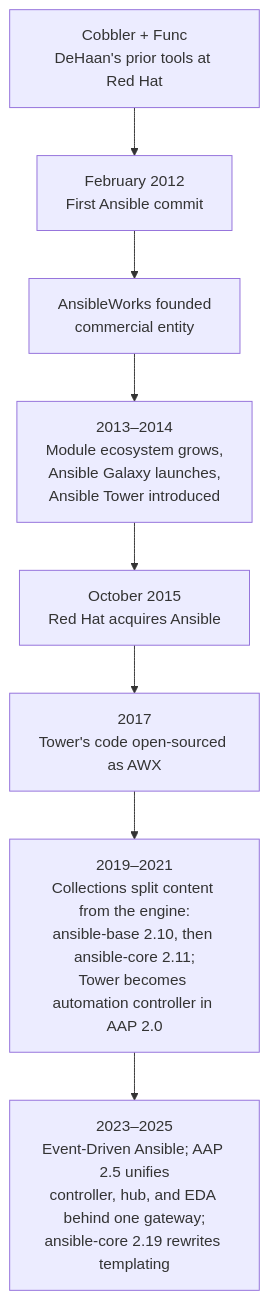
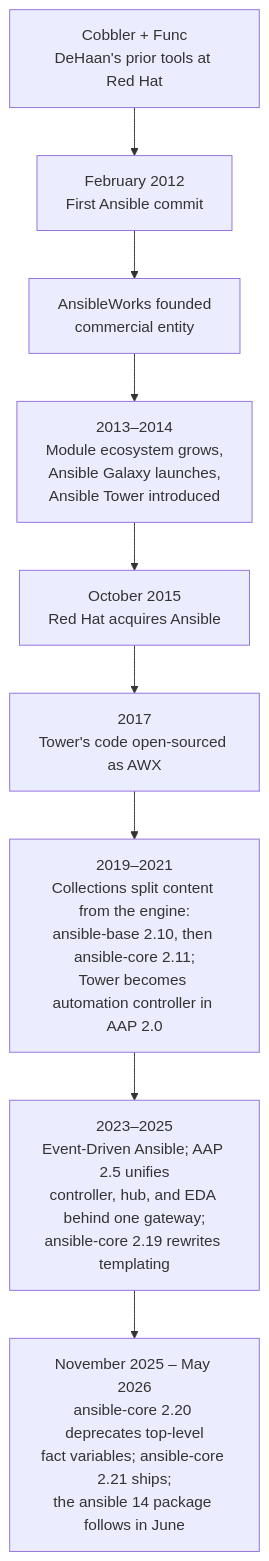
Before and after one commit to sameeralam3127/compute-central-docs: the diagram in docs/ansible/getting-started/00-history-and-why-ansible.md, drawn with Mermaid. The commit also changed other lines of this file and 46 other files, not shown here.

````diff
--- a/docs/ansible/getting-started/00-history-and-why-ansible.md
+++ b/docs/ansible/getting-started/00-history-and-why-ansible.md
@@ -69,10 +69,11 @@
 ```mermaid
 flowchart TD
     A["Cobbler + Func\nDeHaan's prior tools at Red Hat"] --> B["February 2012\nFirst Ansible commit"]
     B --> C["AnsibleWorks founded\ncommercial entity"]
     C --> D["2013–2014\nModule ecosystem grows,\nAnsible Galaxy launches,\nAnsible Tower introduced"]
     D --> E["October 2015\nRed Hat acquires Ansible"]
     E --> F["2017\nTower's code open-sourced as AWX"]
     F --> G["2019–2021\nCollections split content from the engine:\nansible-base 2.10, then ansible-core 2.11;\nTower becomes automation controller in AAP 2.0"]
     G --> H["2023–2025\nEvent-Driven Ansible; AAP 2.5 unifies\ncontroller, hub, and EDA behind one gateway;\nansible-core 2.19 rewrites templating"]
+    H --> I["November 2025 – May 2026\nansible-core 2.20 deprecates top-level\nfact variables; ansible-core 2.21 ships;\nthe ansible 14 package follows in June"]
 ```
````
